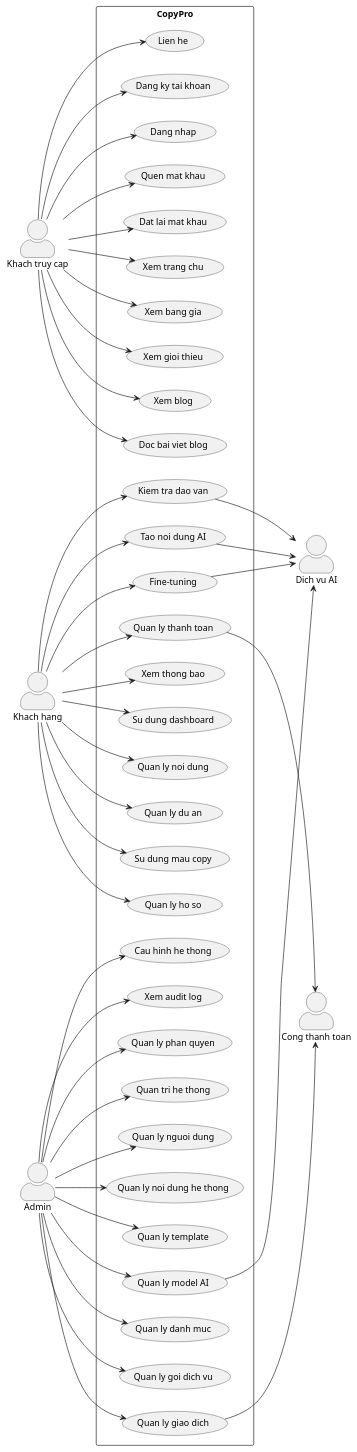
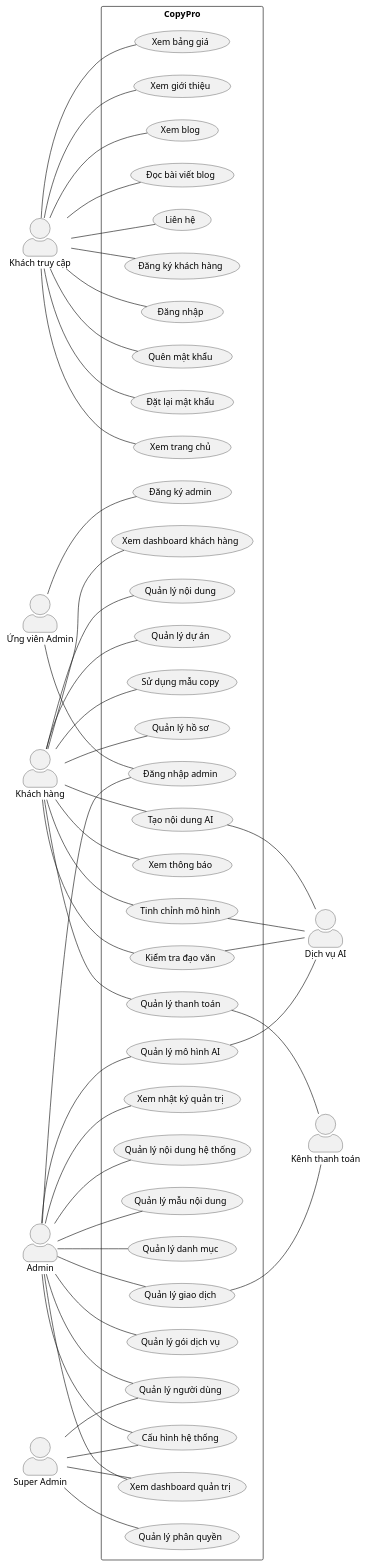
One commit to 23521228-BuiLeHuyPhuoc/NT114.Q21-Web-Copy-Writing changed the first of 3 diagrams in frontend/USE_CASES.md. Above: the diagram before and after it, drawn with PlantUML. The commit also changed other lines of this file and 4 other files, not shown here.

````diff
--- a/frontend/USE_CASES.md
+++ b/frontend/USE_CASES.md
@@ -18,87 +20,99 @@
 skinparam packageStyle rectangle
 skinparam actorStyle awesome
 
-actor "Khach truy cap" as Guest
-actor "Khach hang" as Customer
+actor "Khách truy cập" as Guest
+actor "Ứng viên Admin" as AdminCandidate
+actor "Khách hàng" as Customer
 actor "Admin" as Admin
-actor "Cong thanh toan" as PaymentGateway
-actor "Dich vu AI" as AIService
+actor "Super Admin" as SuperAdmin
+actor "Kênh thanh toán" as PaymentChannel
+actor "Dịch vụ AI" as AIService
 
 rectangle "CopyPro" {
-  usecase "Xem trang chu" as UC_Home
-  usecase "Xem bang gia" as UC_Pricing
-  usecase "Xem gioi thieu" as UC_About
+  usecase "Xem trang chủ" as UC_Home
+  usecase "Xem bảng giá" as UC_Pricing
+  usecase "Xem giới thiệu" as UC_About
   usecase "Xem blog" as UC_Blog
-  usecase "Doc bai viet blog" as UC_BlogDetail
-  usecase "Lien he" as UC_Contact
-  usecase "Dang ky tai khoan" as UC_Register
-  usecase "Dang nhap" as UC_Login
-  usecase "Quen mat khau" as UC_Forgot
-  usecase "Dat lai mat khau" as UC_Reset
+  usecase "Đọc bài viết blog" as UC_BlogDetail
+  usecase "Liên hệ" as UC_Contact
+  usecase "Đăng ký khách hàng" as UC_Register
+  usecase "Đăng nhập" as UC_Login
+  usecase "Quên mật khẩu" as UC_Forgot
+  usecase "Đặt lại mật khẩu" as UC_Reset
+  usecase "Đăng ký admin" as UC_AdminRegister
+  usecase "Đăng nhập admin" as UC_AdminLogin
 
-  usecase "Su dung dashboard" as UC_CustomerDashboard
-  usecase "Tao noi dung AI" as UC_Generate
-  usecase "Quan ly noi dung" as UC_Contents
-  usecase "Quan ly du an" as UC_Projects
-  usecase "Su dung mau copy" as UC_Templates
-  usecase "Fine-tuning" as UC_FineTune
-  usecase "Kiem tra dao van" as UC_Plagiarism
-  usecase "Quan ly ho so" as UC_Profile
-  usecase "Quan ly thanh toan" as UC_Billing
-  usecase "Xem thong bao" as UC_Notifications
+  usecase "Xem dashboard khách hàng" as UC_CustomerDashboard
+  usecase "Tạo nội dung AI" as UC_Generate
+  usecase "Quản lý nội dung" as UC_Contents
+  usecase "Quản lý dự án" as UC_Projects
+  usecase "Sử dụng mẫu copy" as UC_Templates
+  usecase "Tinh chỉnh mô hình" as UC_FineTune
+  usecase "Kiểm tra đạo văn" as UC_Plagiarism
+  usecase "Quản lý hồ sơ" as UC_Profile
+  usecase "Quản lý thanh toán" as UC_Billing
+  usecase "Xem thông báo" as UC_Notifications
 
-  usecase "Quan tri he thong" as UC_AdminDashboard
-  usecase "Quan ly nguoi dung" as UC_AdminUsers
-  usecase "Quan ly noi dung he thong" as UC_AdminContents
-  usecase "Quan ly template" as UC_AdminTemplates
-  usecase "Quan ly danh muc" as UC_AdminCategories
-  usecase "Quan ly goi dich vu" as UC_AdminPlans
-  usecase "Quan ly giao dich" as UC_AdminPayments
-  usecase "Quan ly model AI" as UC_AdminModels
-  usecase "Cau hinh he thong" as UC_AdminSettings
-  usecase "Xem audit log" as UC_AdminAudit
-  usecase "Quan ly phan quyen" as UC_AdminPermissions
+  usecase "Xem dashboard quản trị" as UC_AdminDashboard
+  usecase "Quản lý người dùng" as UC_AdminUsers
+  usecase "Quản lý nội dung hệ thống" as UC_AdminContents
+  usecase "Quản lý mẫu nội dung" as UC_AdminTemplates
+  usecase "Quản lý danh mục" as UC_AdminCategories
+  usecase "Quản lý gói dịch vụ" as UC_AdminPlans
+  usecase "Quản lý giao dịch" as UC_AdminPayments
+  usecase "Quản lý mô hình AI" as UC_AdminModels
+  usecase "Cấu hình hệ thống" as UC_AdminSettings
+  usecase "Xem nhật ký quản trị" as UC_AdminAudit
+  usecase "Quản lý phân quyền" as UC_AdminPermissions
 }
 
-Guest --> UC_Home
-Guest --> UC_Pricing
-Guest --> UC_About
-Guest --> UC_Blog
-Guest --> UC_BlogDetail
-Guest --> UC_Contact
-Guest --> UC_Register
-Guest --> UC_Login
-Guest --> UC_Forgot
-Guest --> UC_Reset
+Guest -- UC_Home
+Guest -- UC_Pricing
+Guest -- UC_About
+Guest -- UC_Blog
+Guest -- UC_BlogDetail
+Guest -- UC_Contact
+Guest -- UC_Register
+Guest -- UC_Login
+Guest -- UC_Forgot
+Guest -- UC_Reset
 
-Customer --> UC_CustomerDashboard
-Customer --> UC_Generate
-Customer --> UC_Contents
-Customer --> UC_Projects
-Customer --> UC_Templates
-Customer --> UC_FineTune
-Customer --> UC_Plagiarism
-Customer --> UC_Profile
-Customer --> UC_Billing
-Customer --> UC_Notifications
+AdminCandidate -- UC_AdminRegister
+AdminCandidate -- UC_AdminLogin
 
-Admin --> UC_AdminDashboard
-Admin --> UC_AdminUsers
-Admin --> UC_AdminContents
-Admin --> UC_AdminTemplates
-Admin --> UC_AdminCategories
-Admin --> UC_AdminPlans
-Admin --> UC_AdminPayments
-Admin --> UC_AdminModels
-Admin --> UC_AdminSettings
-Admin --> UC_AdminAudit
-Admin --> UC_AdminPermissions
+Customer -- UC_CustomerDashboard
+Customer -- UC_Generate
+Customer -- UC_Contents
+Customer -- UC_Projects
+Customer -- UC_Templates
+Customer -- UC_FineTune
+Customer -- UC_Plagiarism
+Customer -- UC_Profile
+Customer -- UC_Billing
+Customer -- UC_Notifications
 
-UC_Billing --> PaymentGateway
-UC_AdminPayments --> PaymentGateway
-UC_Generate --> AIService
-UC_FineTune --> AIService
-UC_Plagiarism --> AIService
-UC_AdminModels --> AIService
+Admin -- UC_AdminLogin
+Admin -- UC_AdminDashboard
+Admin -- UC_AdminUsers
+Admin -- UC_AdminContents
+Admin -- UC_AdminTemplates
+Admin -- UC_AdminCategories
+Admin -- UC_AdminPlans
+Admin -- UC_AdminPayments
+Admin -- UC_AdminModels
+Admin -- UC_AdminSettings
+Admin -- UC_AdminAudit
+
+SuperAdmin -- UC_AdminDashboard
+SuperAdmin -- UC_AdminUsers
+SuperAdmin -- UC_AdminSettings
+SuperAdmin -- UC_AdminPermissions
+
+UC_Billing -- PaymentChannel
+UC_AdminPayments -- PaymentChannel
+UC_Generate -- AIService
+UC_FineTune -- AIService
+UC_Plagiarism -- AIService
+UC_AdminModels -- AIService
 @enduml
 ```
````
